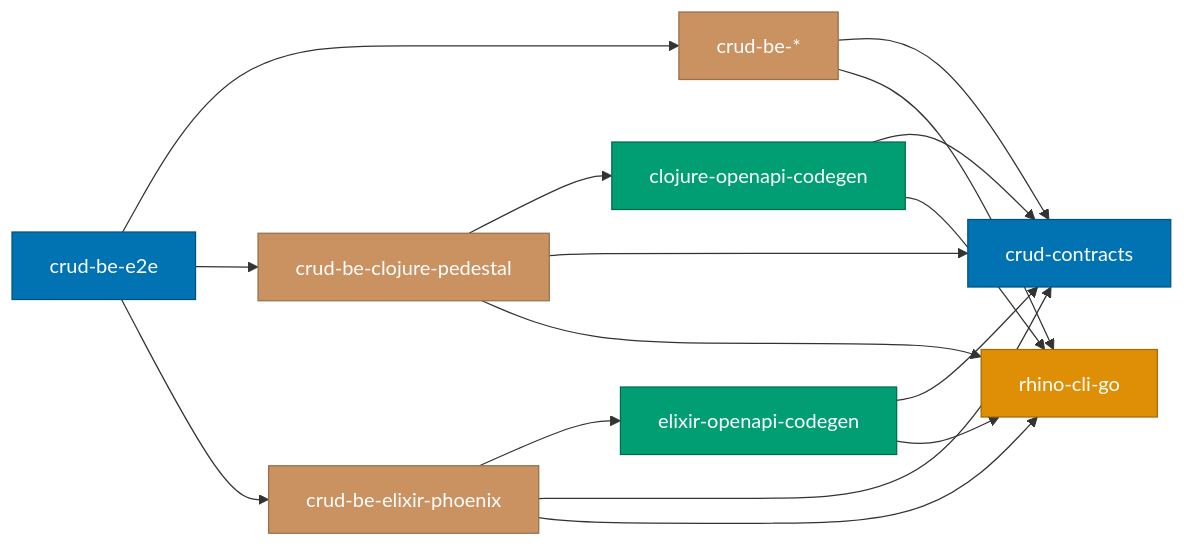
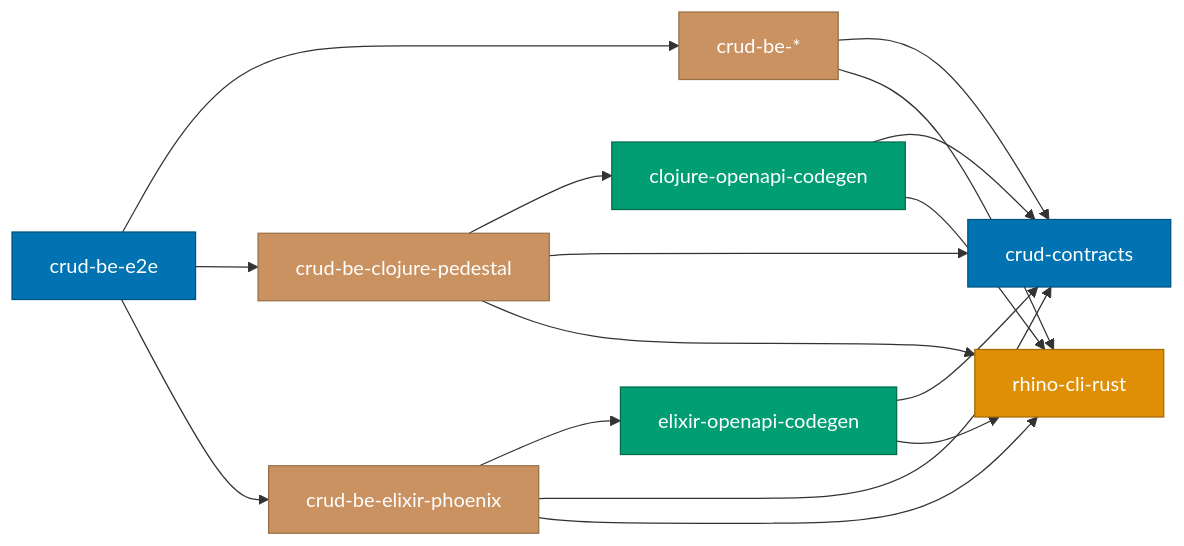
The second of 3 diagrams in docs/reference/project-dependency-graph.md (wahidyankf/ose-primer), drawn with Mermaid before and after one commit. The commit also changed other lines of this file and 409 other files, not shown here.

First line of the commit message:
refactor(rhino-cli)!: remove Go implementation and dual-impl parity

````diff
--- a/docs/reference/project-dependency-graph.md
+++ b/docs/reference/project-dependency-graph.md
@@ -82,33 +73,33 @@
 ```mermaid
 graph LR
   BEE2E[crud-be-e2e]:::e2e
   BE[crud-be-*]:::backend
   CLOJURE[crud-be-clojure-pedestal]:::backend
   COC[clojure-openapi-codegen]:::lib
   ELIXIR[crud-be-elixir-phoenix]:::backend
   EOC[elixir-openapi-codegen]:::lib
-  RC[rhino-cli-go]:::cli
+  RC[rhino-cli-rust]:::cli
   DC[crud-contracts]:::spec
 
   BEE2E --> BE
   BEE2E --> CLOJURE
   BEE2E --> ELIXIR
   BE --> DC
   BE --> RC
   CLOJURE --> COC
   CLOJURE --> DC
   CLOJURE --> RC
   ELIXIR --> EOC
   ELIXIR --> DC
   ELIXIR --> RC
   COC --> DC
   COC --> RC
   EOC --> DC
   EOC --> RC
 
   classDef spec fill:#0173B2,stroke:#01537F,color:#FFFFFF
   classDef lib fill:#029E73,stroke:#016B4E,color:#FFFFFF
   classDef cli fill:#DE8F05,stroke:#A56A04,color:#FFFFFF
   classDef backend fill:#CA9161,stroke:#977048,color:#FFFFFF
   classDef e2e fill:#0173B2,stroke:#01537F,color:#FFFFFF
 ```
````
